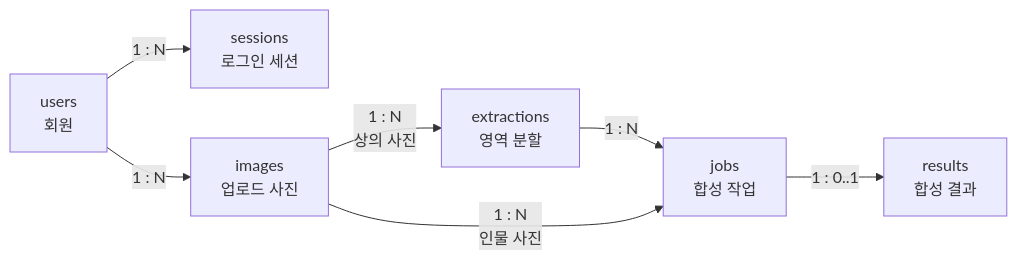
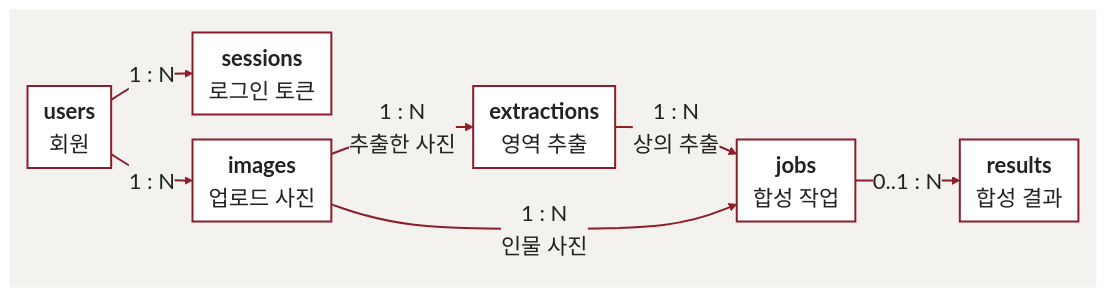
The second of 8 diagrams in README.md (Jenny5789/CGI_MOA), drawn with Mermaid before and after one commit. The commit also changed other lines of this file, not shown here.

````diff
--- a/README.md
+++ b/README.md
@@ -85,15 +112,23 @@
 ```mermaid
+%%{init: {'theme':'base','themeVariables':{'fontSize':'22px','primaryColor':'#ffffff','primaryBorderColor':'#8c1d2b','primaryTextColor':'#222222','textColor':'#222222','nodeTextColor':'#222222','titleColor':'#222222','lineColor':'#8c1d2b','edgeLabelBackground':'#f4f2ee','clusterBkg':'#f4f2ee','clusterBorder':'#f4f2ee','mainBkg':'#ffffff','nodeBorder':'#8c1d2b'},'flowchart':{'nodeSpacing':25,'rankSpacing':10,'curve':'basis','padding':8}}}%%
 flowchart LR
-    users["users<br/>회원"]
-    sessions["sessions<br/>로그인 세션"]
-    images["images<br/>업로드 사진"]
-    extractions["extractions<br/>영역 분할"]
-    jobs["jobs<br/>합성 작업"]
-    results["results<br/>합성 결과"]
-    users -- "1 : N" --> sessions
-    users -- "1 : N" --> images
-    images -- "1 : N<br/>상의 사진" --> extractions
-    extractions -- "1 : N" --> jobs
-    images -- "1 : N<br/>인물 사진" --> jobs
-    jobs -- "1 : 0..1" --> results
+    subgraph wrap[" "]
+        direction LR
+        users["<b>users</b><br/>회원"]
+        sessions["<b>sessions</b><br/>로그인 토큰"]
+        images["<b>images</b><br/>업로드 사진"]
+        extractions["<b>extractions</b><br/>영역 추출"]
+        jobs["<b>jobs</b><br/>합성 작업"]
+        results["<b>results</b><br/>합성 결과"]
+        users -->|"1 : N"| sessions
+        users -->|"1 : N"| images
+        images -->|"1 : N<br/>추출한 사진"| extractions
+        extractions -->|"1 : N<br/>상의 추출"| jobs
+        images -->|"1 : N<br/>인물 사진"| jobs
+        jobs -->|"0..1 : N"| results
+    end
+    classDef tbl fill:#ffffff,stroke:#8c1d2b,stroke-width:2px,color:#222222
+    class users,sessions,images,extractions,jobs,results tbl
+    style wrap fill:#f4f2ee,stroke:#f4f2ee,color:#222222
+    linkStyle default stroke:#8c1d2b,stroke-width:2px
 ```
````
